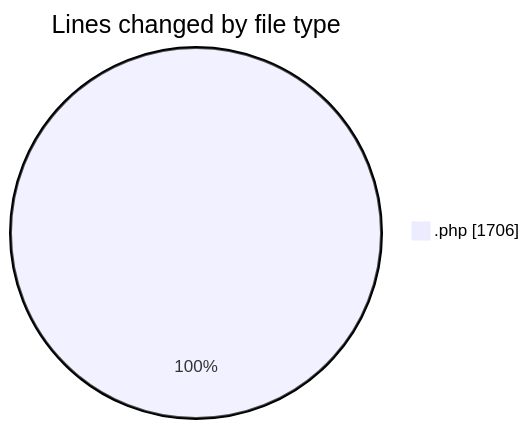
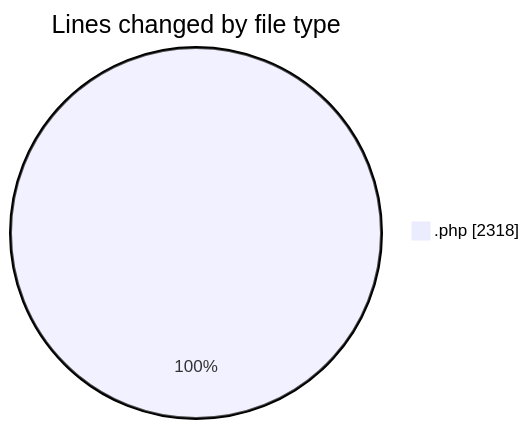
The first of 2 diagrams in 2025-10-29/untitled__workspace_/README.md (debugP/code-tracking), drawn with Mermaid before and after one commit. The commit also changed other lines of this file and 1 other file, not shown here.

````diff
--- a/2025-10-29/untitled__workspace_/README.md
+++ b/2025-10-29/untitled__workspace_/README.md
@@ -20,5 +21,5 @@
 ```mermaid
 pie showData
 title Lines changed by file type
-".php" : 1706
+".php" : 2318
 ```
````
